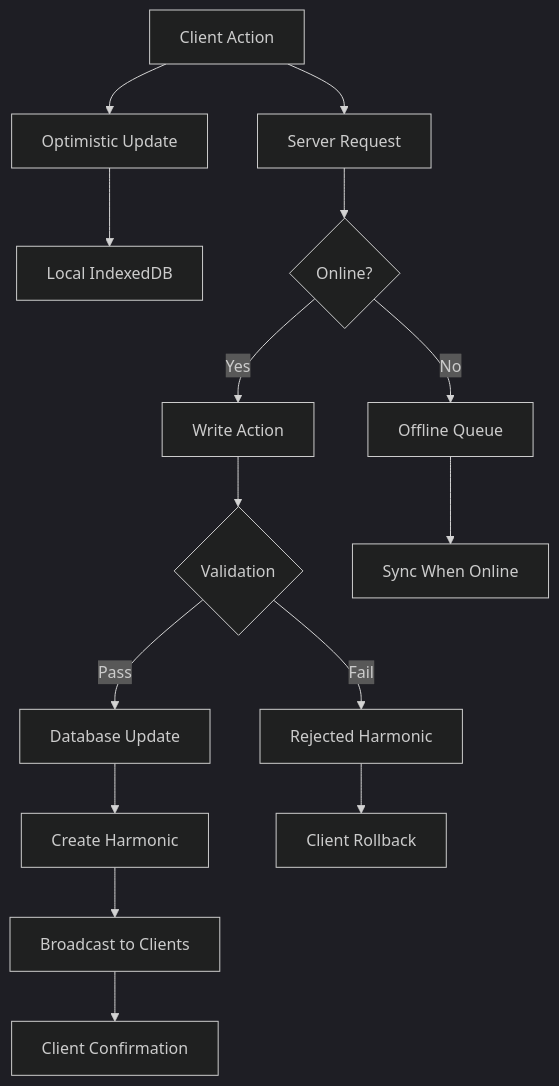
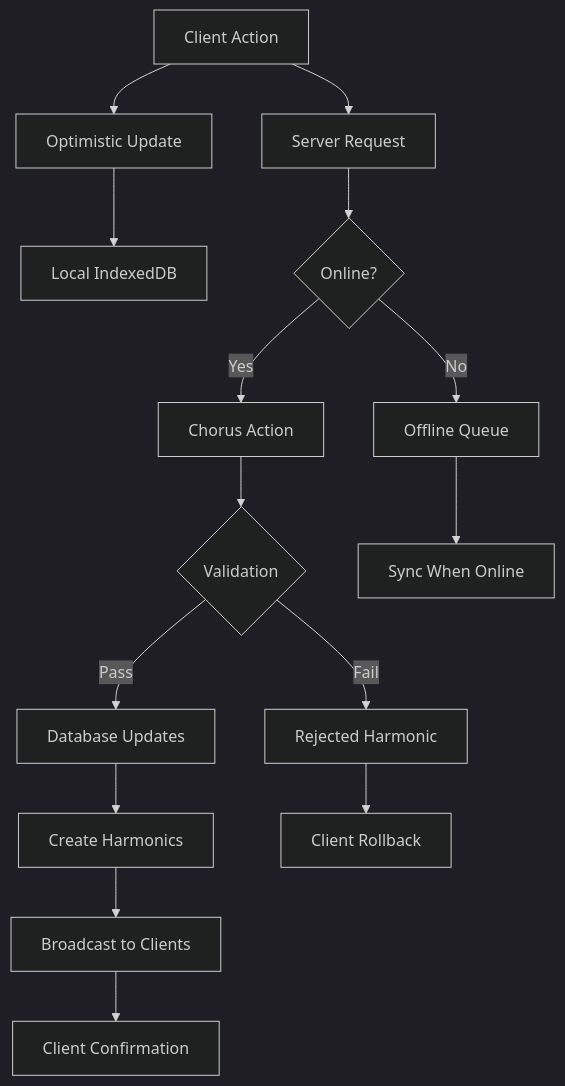
Before and after one commit to Pixelsprout/laravel-chorus: the first of 2 diagrams in docs/concepts/write-path.mdx, drawn with Mermaid (dark theme). The commit also changed other lines of this file and 48 other files, not shown here.

Commit message:
refactor: using new chorus action pattern that is callback based

````diff
--- a/docs/concepts/write-path.mdx
+++ b/docs/concepts/write-path.mdx
@@ -12,17 +12,17 @@
 ```mermaid
 graph TD
     A[Client Action] --> B[Optimistic Update]
     B --> C[Local IndexedDB]
     A --> D[Server Request]
     D --> E{Online?}
-    E -->|Yes| F[Write Action]
+    E -->|Yes| F[Chorus Action]
     E -->|No| G[Offline Queue]
     F --> H{Validation}
-    H -->|Pass| I[Database Update]
+    H -->|Pass| I[Database Updates]
     H -->|Fail| J[Rejected Harmonic]
-    I --> K[Create Harmonic]
+    I --> K[Create Harmonics]
     K --> L[Broadcast to Clients]
     L --> M[Client Confirmation]
     J --> N[Client Rollback]
     G --> O[Sync When Online]
 ```
````
